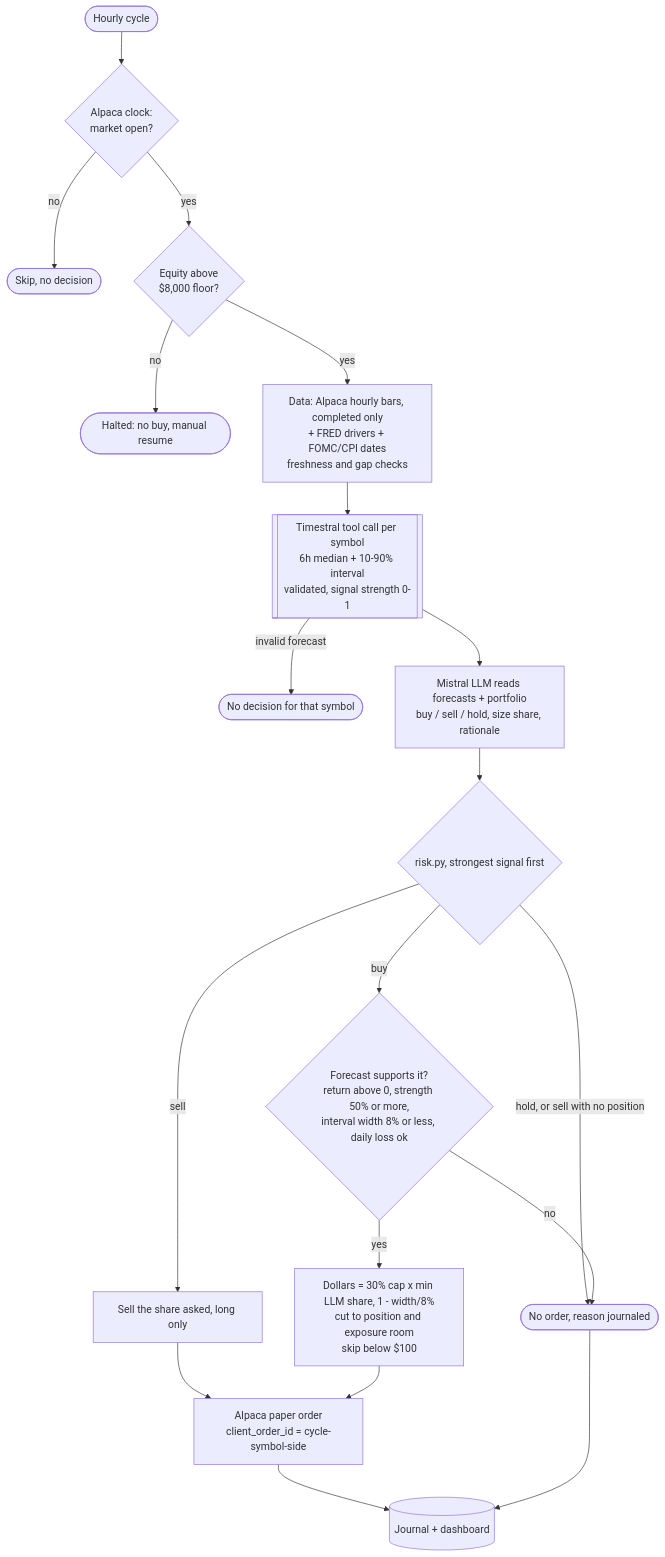
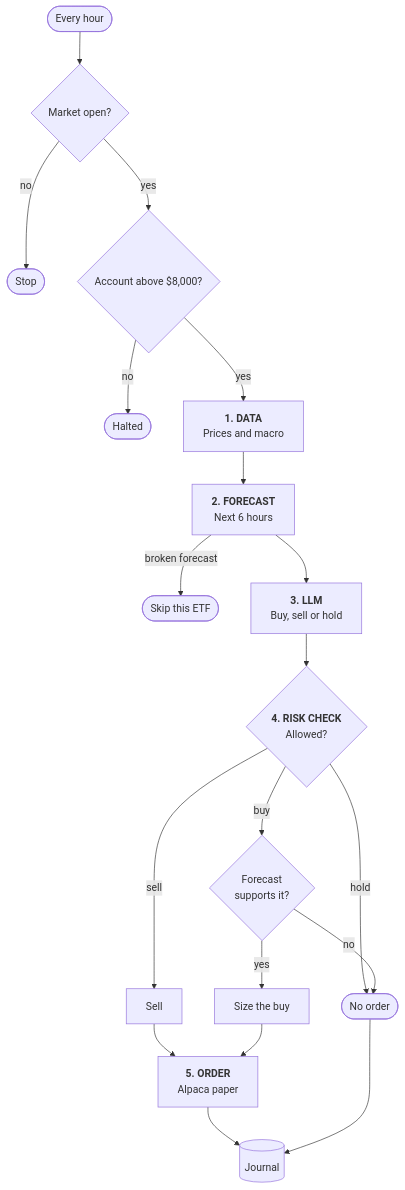
Before and after one commit to capucine-masson/paper-trading: the diagram in README.md, drawn with Mermaid. The commit also changed other lines of this file and 10 other files, not shown here.

````diff
--- a/README.md
+++ b/README.md
@@ -37,21 +43,21 @@
 ```mermaid
 flowchart TD
-    S([Hourly cycle]) --> C{Alpaca clock:<br/>market open?}
-    C -- no --> X([Skip, no decision])
-    C -- yes --> H{Equity above<br/>$8,000 floor?}
-    H -- no --> HX([Halted: no buy, manual resume])
-    H -- yes --> D[Data: Alpaca hourly bars, completed only<br/>+ FRED drivers + FOMC/CPI dates<br/>freshness and gap checks]
-    D --> T[[Timestral tool call per symbol<br/>6h median + 10-90% interval<br/>validated, signal strength 0-1]]
-    T -->|invalid forecast| N([No decision for that symbol])
-    T --> L[Mistral LLM reads forecasts + portfolio<br/>buy / sell / hold, size share, rationale]
-    L --> R{risk.py, strongest signal first}
-    R -->|hold, or sell with no position| V([No order, reason journaled])
-    R -->|sell| SO[Sell the share asked, long only]
-    R -->|buy| G{Forecast supports it?<br/>return above 0, strength 50% or more,<br/>interval width 8% or less, daily loss ok}
+    S([Every hour]) --> C{Market open?}
+    C -- no --> X([Stop])
+    C -- yes --> H{Account above $8,000?}
+    H -- no --> HX([Halted])
+    H -- yes --> D["<b>1. DATA</b><br/>Prices and macro"]
+    D --> T["<b>2. FORECAST</b><br/>Next 6 hours"]
+    T -->|broken forecast| N([Skip this ETF])
+    T --> L["<b>3. LLM</b><br/>Buy, sell or hold"]
+    L --> R{"<b>4. RISK CHECK</b><br/>Allowed?"}
+    R -->|hold| V([No order])
+    R -->|sell| SO[Sell]
+    R -->|buy| G{Forecast<br/>supports it?}
     G -- no --> V
-    G -- yes --> Z[Dollars = 30% cap x min LLM share, 1 - width/8%<br/>cut to position and exposure room<br/>skip below $100]
+    G -- yes --> Z[Size the buy]
     SO --> O
-    Z --> O[Alpaca paper order<br/>client_order_id = cycle-symbol-side]
-    O --> J[(Journal + dashboard)]
+    Z --> O["<b>5. ORDER</b><br/>Alpaca paper"]
+    O --> J[(Journal)]
     V --> J
 ```
````
